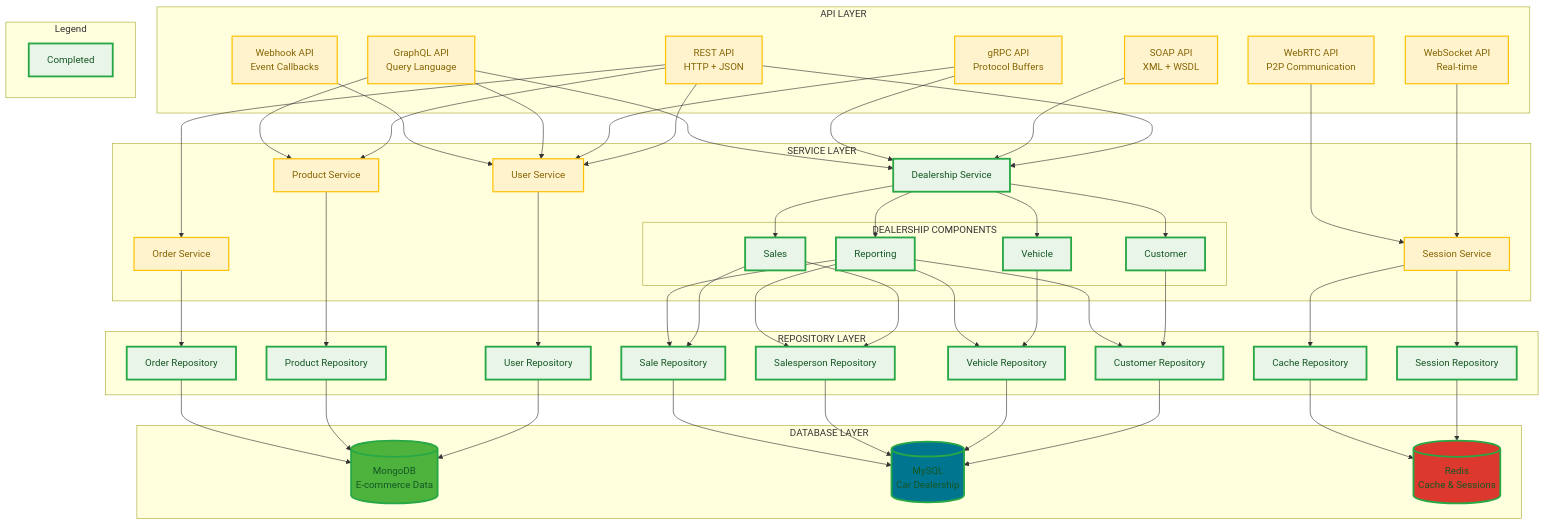
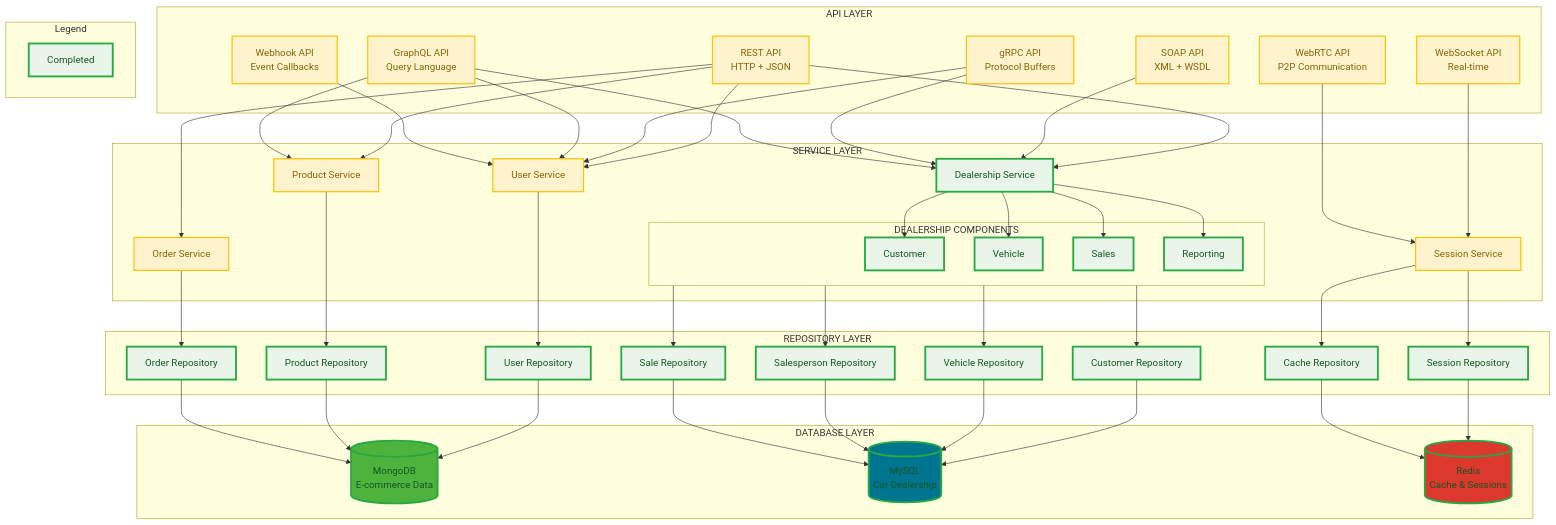
The diagram in README.md (mckriel/api-server), drawn with Mermaid before and after one commit.

```diff
--- a/README.md
+++ b/README.md
@@ -87,14 +87,11 @@
     DealershipSvc --> VehicleOps
     DealershipSvc --> SalesOps
     DealershipSvc --> ReportOps
-    CustomerOps --> CustomerRepo
-    VehicleOps --> VehicleRepo
-    SalesOps --> SalespersonRepo
-    SalesOps --> SaleRepo
-    ReportOps --> CustomerRepo
-    ReportOps --> VehicleRepo
-    ReportOps --> SalespersonRepo
-    ReportOps --> SaleRepo
+    
+    DEALERSHIP --> CustomerRepo
+    DEALERSHIP --> VehicleRepo
+    DEALERSHIP --> SalespersonRepo
+    DEALERSHIP --> SaleRepo
     SessionSvc --> SessionRepo
     SessionSvc --> CacheRepo
 
```
